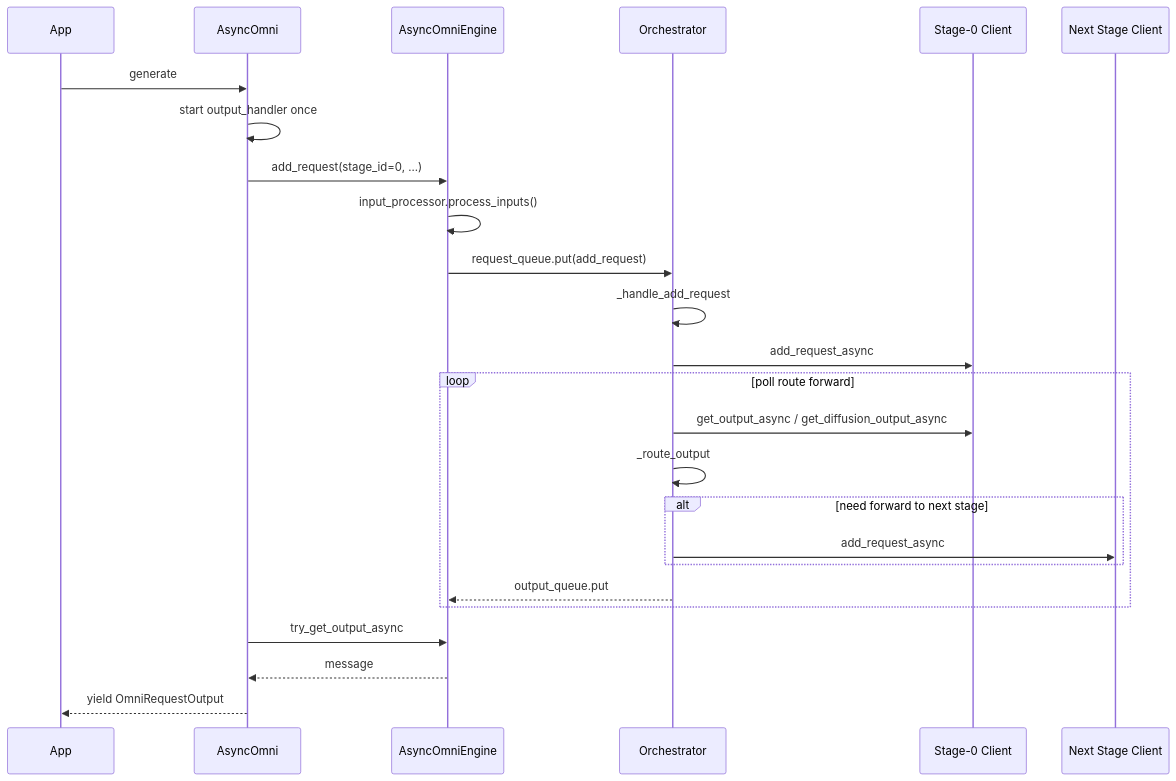
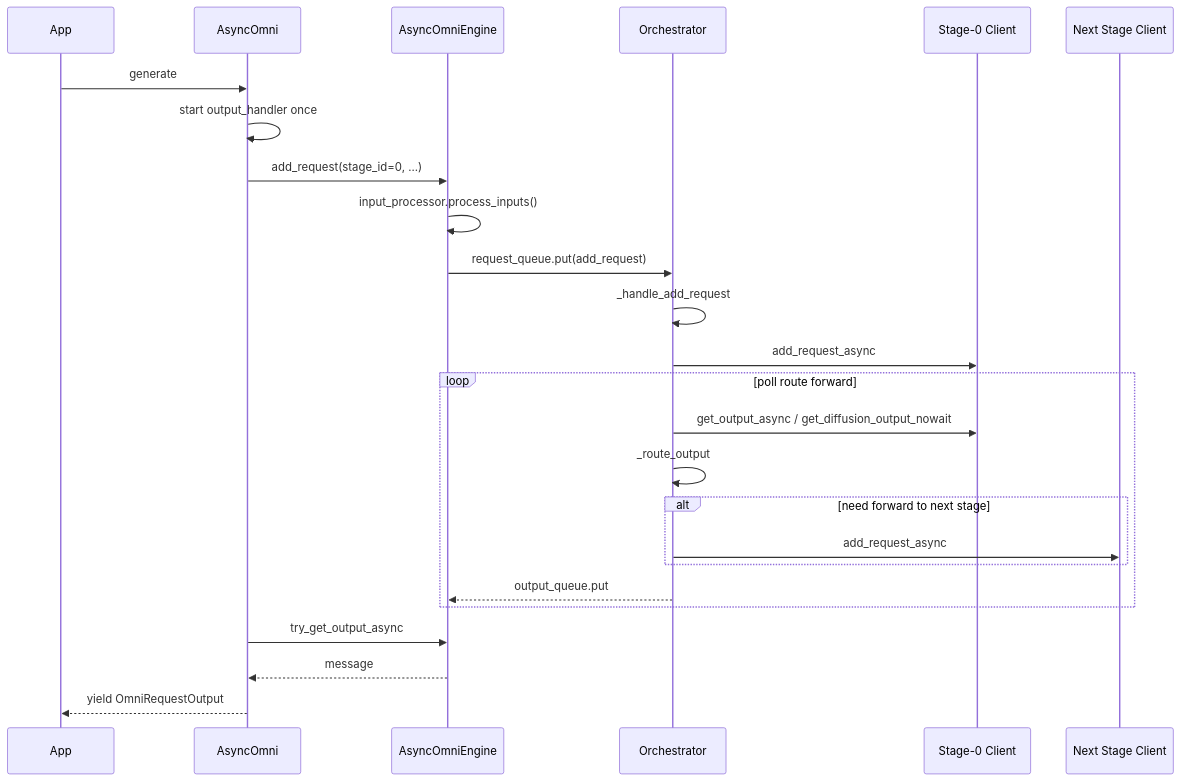
The diagram in docs/design/module/async_omni_architecture.md (vllm-project/vllm-omni), drawn with Mermaid before and after one commit. The commit also changed other lines of this file and 18 other files, not shown here.

````diff
--- a/docs/design/module/async_omni_architecture.md
+++ b/docs/design/module/async_omni_architecture.md
@@ -96,31 +96,31 @@
 ```mermaid
 sequenceDiagram
     participant APP as App
     participant AO as AsyncOmni
     participant ENG as AsyncOmniEngine
     participant ORCH as Orchestrator
     participant S0 as Stage-0 Client
     participant SN as Next Stage Client
 
     APP->>AO: generate
     AO->>AO: start output_handler once
     AO->>ENG: add_request(stage_id=0, ...)
     ENG->>ENG: input_processor.process_inputs()
     ENG->>ORCH: request_queue.put(add_request)
 
     ORCH->>ORCH: _handle_add_request
     ORCH->>S0: add_request_async
 
     loop poll route forward
-        ORCH->>S0: get_output_async / get_diffusion_output_async
+        ORCH->>S0: get_output_async / get_diffusion_output_nowait
         ORCH->>ORCH: _route_output
         alt need forward to next stage
             ORCH->>SN: add_request_async
         end
         ORCH-->>ENG: output_queue.put
     end
 
     AO->>ENG: try_get_output_async
     ENG-->>AO: message
     AO-->>APP: yield OmniRequestOutput
 ```
````
